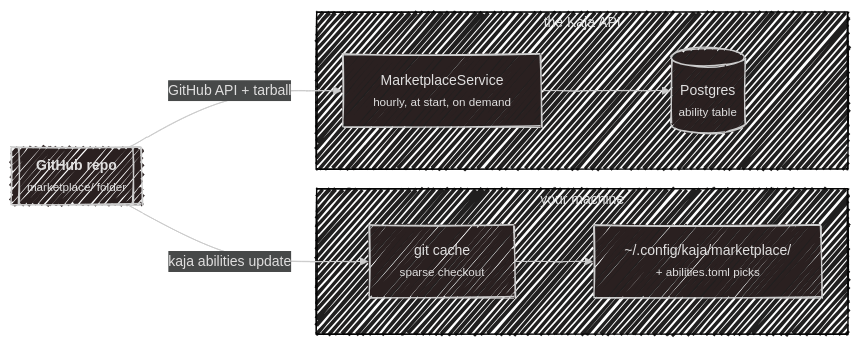
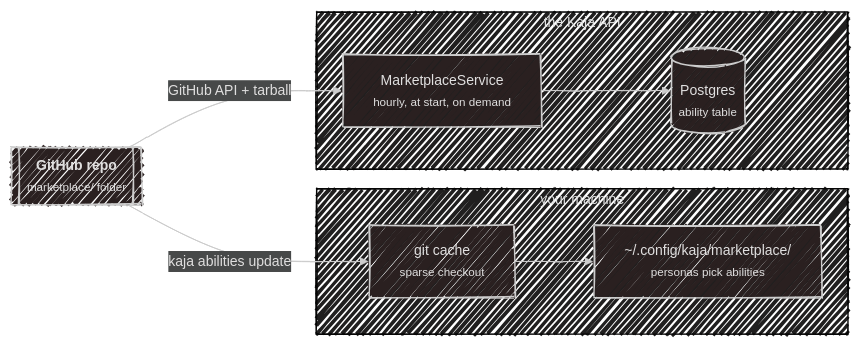
One commit to SubZtep/kaja changed the first of 4 diagrams in docs/development/marketplace.md. Above: the diagram before and after it, drawn with Mermaid. The commit also changed other lines of this file and 334 other files, not shown here.

Commit message:
Personas pick their abilities; MCP runners (#136)

````diff
--- a/docs/development/marketplace.md
+++ b/docs/development/marketplace.md
@@ -18,22 +19,22 @@
 ```mermaid
 ---
 config:
   look: handDrawn
   theme: neo-dark
 ---
 flowchart LR
     REPO[["<b>GitHub repo</b><br><small>marketplace/ folder</small>"]]
 
     subgraph LOCAL["your machine"]
         CACHE["git cache<br><small>sparse checkout</small>"]
-        FOLDER["~/.config/kaja/marketplace/<br><small>+ abilities.toml picks</small>"]
+        FOLDER["~/.config/kaja/marketplace/<br><small>personas pick abilities</small>"]
     end
 
     subgraph CLOUD["the Kaja API"]
         SYNC["MarketplaceService<br><small>hourly, at start, on demand</small>"]
         PG[("Postgres<br><small>ability table</small>")]
     end
 
     REPO -->|"kaja abilities update"| CACHE --> FOLDER
     REPO -->|"GitHub API + tarball"| SYNC --> PG
 ```
````
